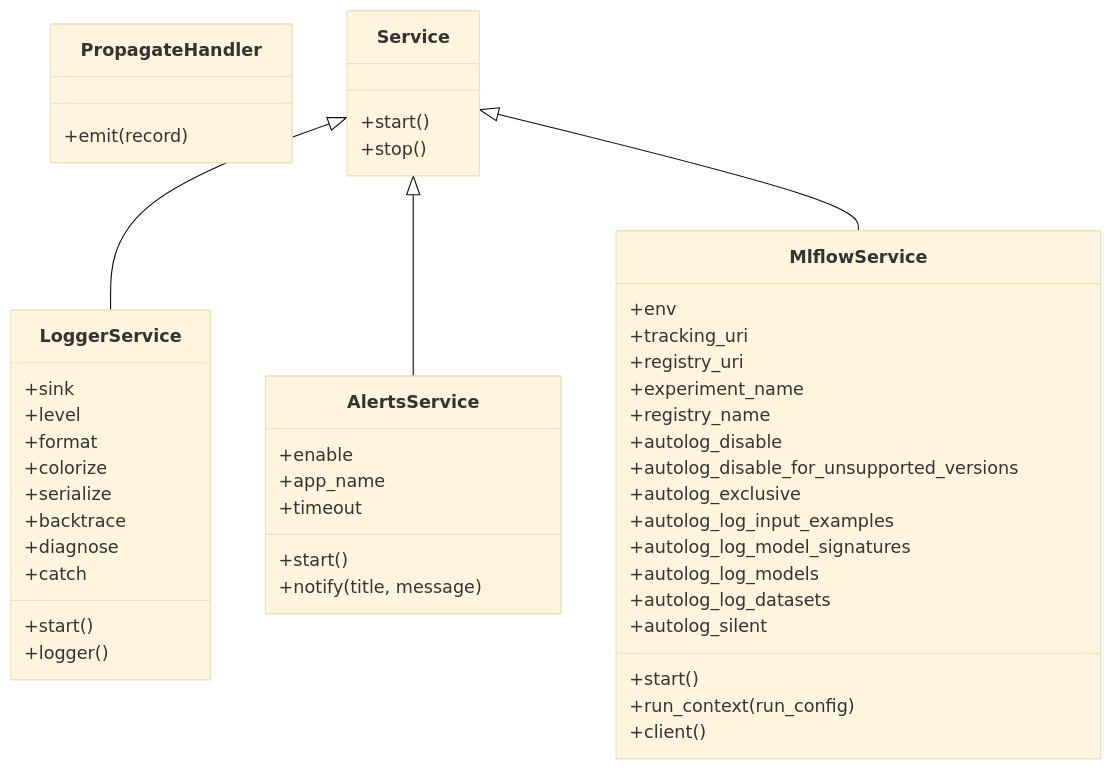
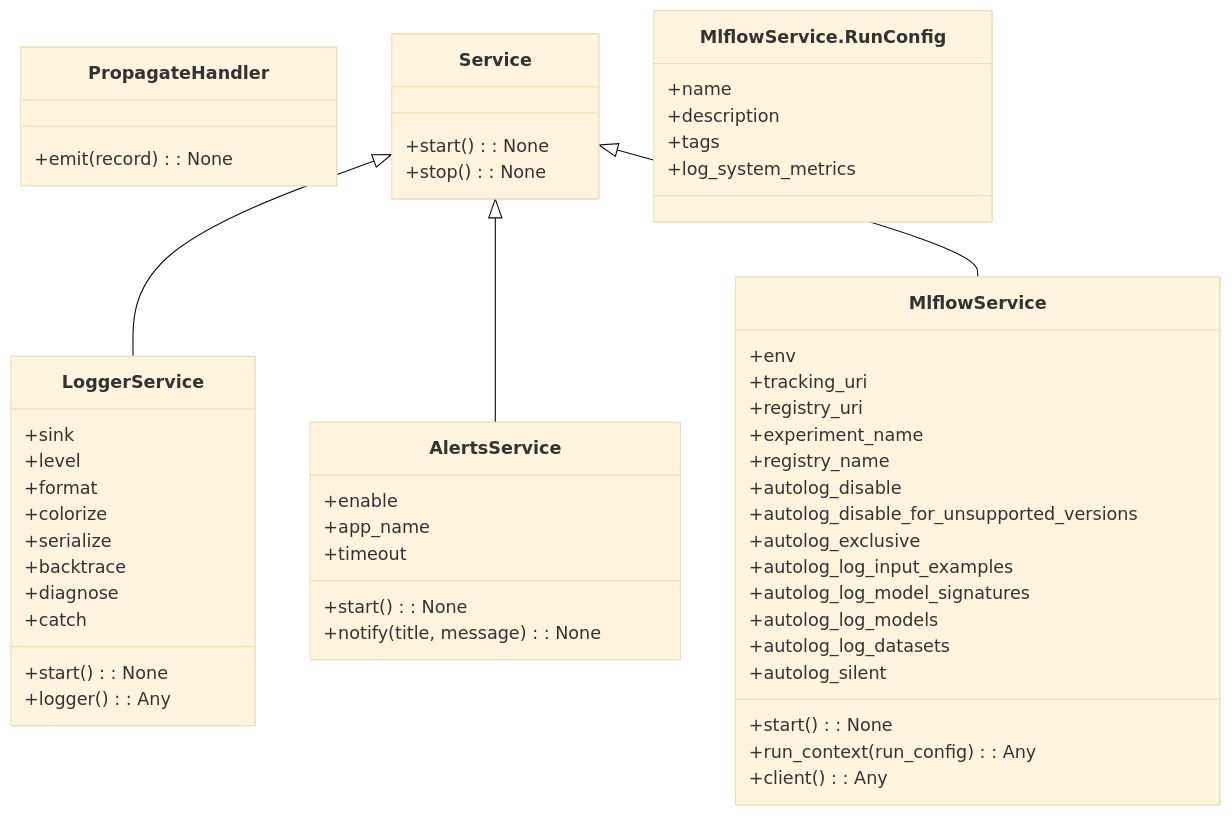
One commit to lgcorzo/mlops-python-package changed the first of 2 diagrams in wiki/services.md. Above: the diagram before and after it, drawn with Mermaid (base theme). The commit also changed other lines of this file and 31 other files, not shown here.

````diff
--- a/wiki/services.md
+++ b/wiki/services.md
@@ -16,50 +16,56 @@
 ```mermaid
 classDiagram
     class PropagateHandler {
-        +emit(record)
+        +emit(record) : None
     }
     class Service {
-        +start()
-        +stop()
+        +start() : None
+        +stop() : None
     }
-    Service <|-- LoggerService
     class LoggerService {
         +sink
         +level
         +format
         +colorize
         +serialize
         +backtrace
         +diagnose
         +catch
-        +start()
-        +logger()
+        +start() : None
+        +logger() : Any
     }
-    Service <|-- AlertsService
+    Service <|-- LoggerService
     class AlertsService {
         +enable
         +app_name
         +timeout
-        +start()
-        +notify(title, message)
+        +start() : None
+        +notify(title, message) : None
     }
-    Service <|-- MlflowService
+    Service <|-- AlertsService
     class MlflowService {
         +env
         +tracking_uri
         +registry_uri
         +experiment_name
         +registry_name
         +autolog_disable
         +autolog_disable_for_unsupported_versions
         +autolog_exclusive
         +autolog_log_input_examples
         +autolog_log_model_signatures
         +autolog_log_models
         +autolog_log_datasets
         +autolog_silent
-        +start()
-        +run_context(run_config)
-        +client()
+        +start() : None
+        +run_context(run_config) : Any
+        +client() : Any
+    }
+    Service <|-- MlflowService
+    class MlflowService.RunConfig {
+        +name
+        +description
+        +tags
+        +log_system_metrics
     }
 ```
````
